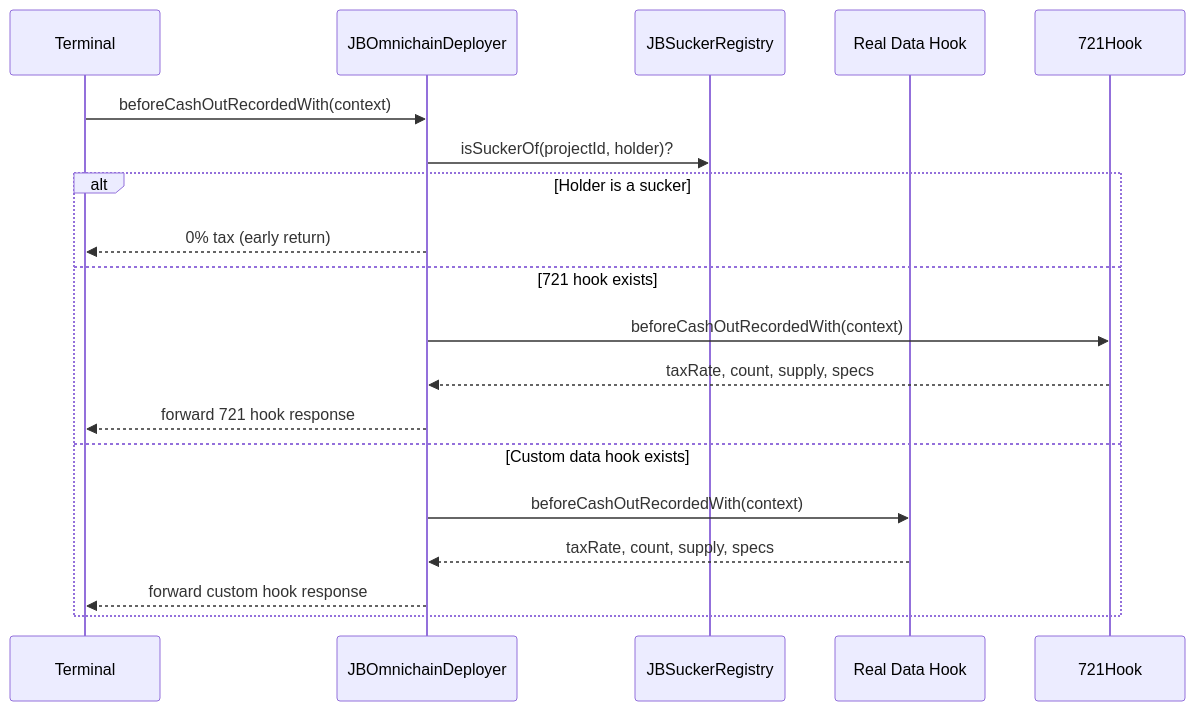
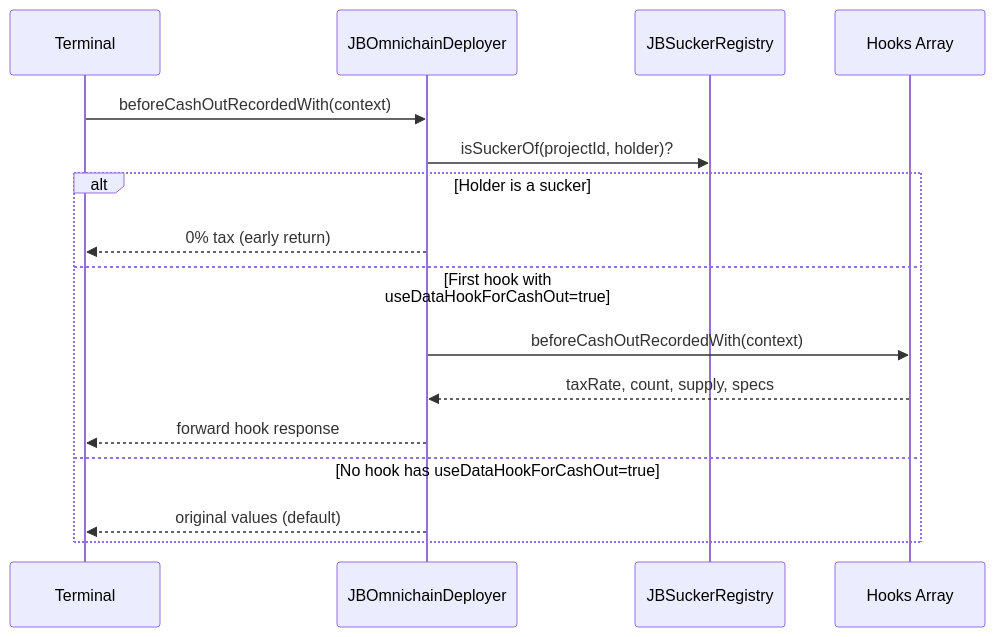
The second of 2 diagrams in README.md (Bananapus/nana-omnichain-deployers-v6), drawn with Mermaid before and after one commit. The commit also changed other lines of this file and 5 other files, not shown here.

First line of the commit message:
Update docs for hooks array refactor

````diff
--- a/README.md
+++ b/README.md
@@ -40,21 +41,19 @@
 ```mermaid
 sequenceDiagram
     participant Terminal
     participant Deployer as JBOmnichainDeployer
     participant Registry as JBSuckerRegistry
-    participant Hook as Real Data Hook
+    participant Hook as Hooks Array
 
     Terminal->>Deployer: beforeCashOutRecordedWith(context)
     Deployer->>Registry: isSuckerOf(projectId, holder)?
     alt Holder is a sucker
         Deployer-->>Terminal: 0% tax (early return)
-    else 721 hook exists
-        Deployer->>721Hook: beforeCashOutRecordedWith(context)
-        721Hook-->>Deployer: taxRate, count, supply, specs
-        Deployer-->>Terminal: forward 721 hook response
-    else Custom data hook exists
+    else First hook with useDataHookForCashOut=true
         Deployer->>Hook: beforeCashOutRecordedWith(context)
         Hook-->>Deployer: taxRate, count, supply, specs
-        Deployer-->>Terminal: forward custom hook response
+        Deployer-->>Terminal: forward hook response
+    else No hook has useDataHookForCashOut=true
+        Deployer-->>Terminal: original values (default)
     end
 ```
````
